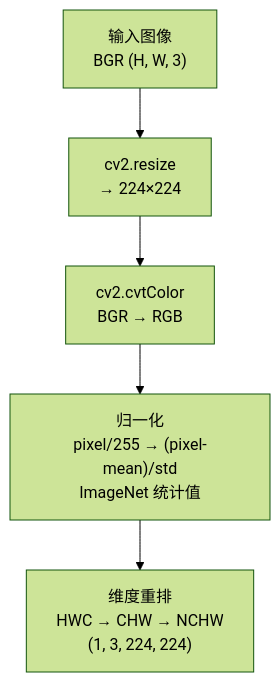
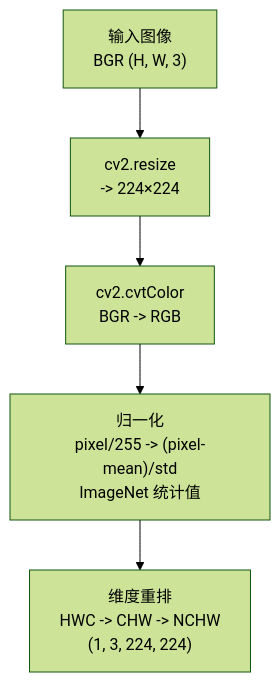
Before and after one commit to zhouxzh/Ascend310: the second of 6 diagrams in src/experiment/case7.md, drawn with Mermaid (forest theme). The commit also changed other lines of this file and 51 other files, not shown here.

````diff
--- a/src/experiment/case7.md
+++ b/src/experiment/case7.md
@@ -192,7 +192,7 @@
 ```mermaid
 flowchart TD
-    INPUT["输入图像\nBGR (H, W, 3)"] --> RESIZE["cv2.resize\n→ 224×224"]
-    RESIZE --> RGB["cv2.cvtColor\nBGR → RGB"]
-    RGB --> NORM["归一化\npixel/255 → (pixel-mean)/std\nImageNet 统计值"]
-    NORM --> TRANSPOSE["维度重排\nHWC → CHW → NCHW\n(1, 3, 224, 224)"]
+    INPUT["输入图像\nBGR (H, W, 3)"] --> RESIZE["cv2.resize\n-> 224×224"]
+    RESIZE --> RGB["cv2.cvtColor\nBGR -> RGB"]
+    RGB --> NORM["归一化\npixel/255 -> (pixel-mean)/std\nImageNet 统计值"]
+    NORM --> TRANSPOSE["维度重排\nHWC -> CHW -> NCHW\n(1, 3, 224, 224)"]
 ```
````
